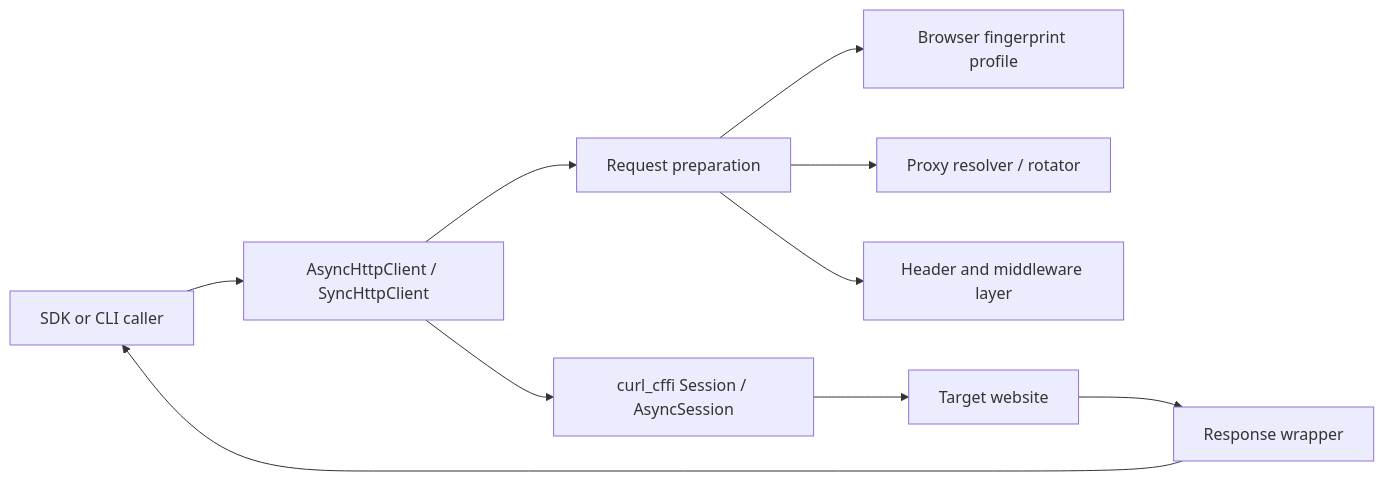
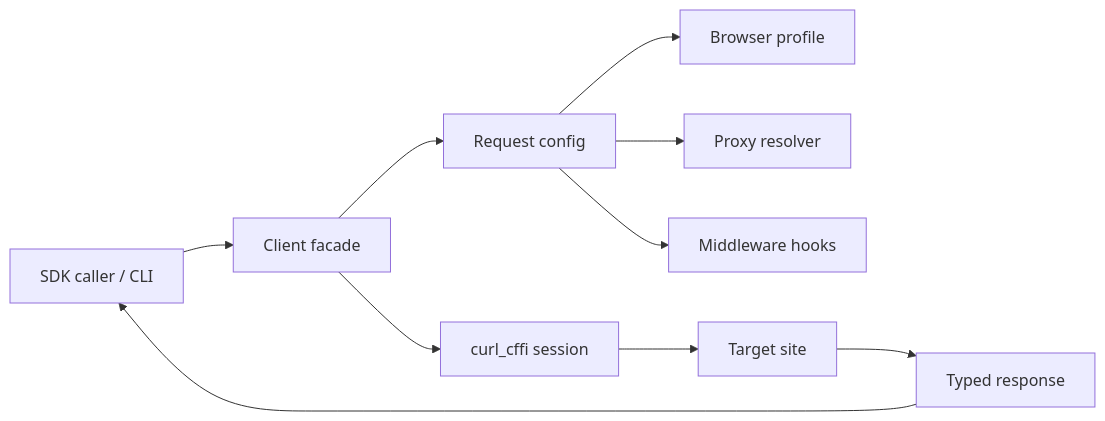
The diagram in projects/curlx/README.md (mamidevs/mamidevs.github.io), drawn with Mermaid before and after one commit. The commit also changed other lines of this file and 3 other files, not shown here.

````diff
--- a/projects/curlx/README.md
+++ b/projects/curlx/README.md
@@ -34,12 +33,12 @@
 ```mermaid
 flowchart LR
-  A["SDK or CLI caller"] --> B["AsyncHttpClient / SyncHttpClient"]
-  B --> C["Request preparation"]
-  C --> D["Browser fingerprint profile"]
-  C --> E["Proxy resolver / rotator"]
-  C --> F["Header and middleware layer"]
-  B --> G["curl_cffi Session / AsyncSession"]
-  G --> H["Target website"]
-  H --> I["Response wrapper"]
+  A["SDK caller / CLI"] --> B["Client facade"]
+  B --> C["Request config"]
+  C --> D["Browser profile"]
+  C --> E["Proxy resolver"]
+  C --> F["Middleware hooks"]
+  B --> G["curl_cffi session"]
+  G --> H["Target site"]
+  H --> I["Typed response"]
   I --> A
 ```
````
